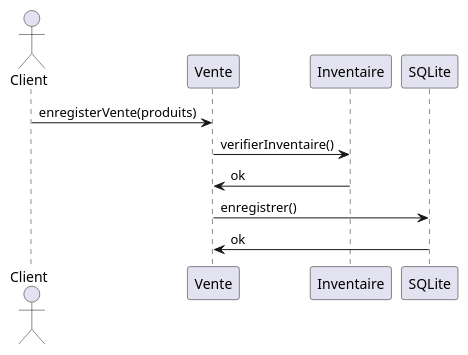
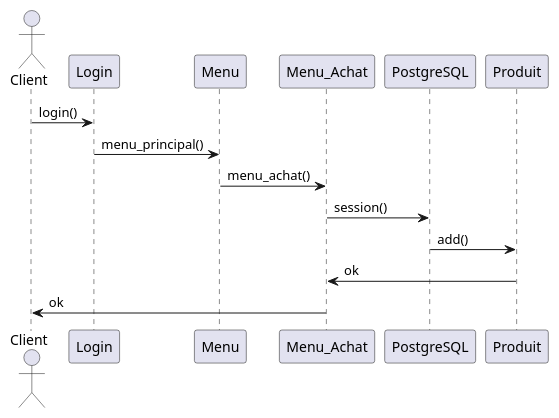
One commit to Barlow-Personal-Git/LOG430_Barlow_Etape_1 changed the diagram in docs/UML/diagramme_sequence.puml. Above: the diagram before and after it, drawn with PlantUML. The commit also changed 39 other files, not shown here.

```diff
--- a/docs/UML/diagramme_sequence.puml
+++ b/docs/UML/diagramme_sequence.puml
@@ -1,12 +1,16 @@
 @startuml
 actor Client
-participant "Vente"
-participant "Inventaire"
-participant "SQLite"
+participant "Login"
+participant "Menu"
+participant "Menu_Achat"
+participant "PostgreSQL"
+participant "Produit"
 
-Client -> "Vente" : enregisterVente(produits)
-"Vente" -> "Inventaire" : verifierInventaire()
-"Inventaire" -> "Vente" : ok
-"Vente" -> "SQLite" : enregistrer()
-"SQLite" -> "Vente" : ok
+Client -> "Login" : login()
+"Login" -> "Menu" : menu_principal()
+"Menu" -> "Menu_Achat" : menu_achat()
+"Menu_Achat" -> "PostgreSQL" : session()
+"PostgreSQL" -> "Produit" : add()
+"Produit" -> "Menu_Achat" : ok
+"Menu_Achat" -> "Client" : ok
 @enduml
```
